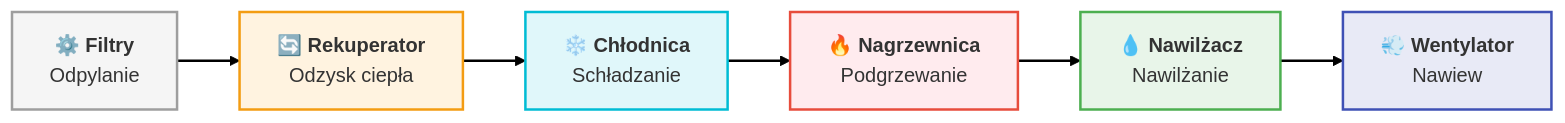
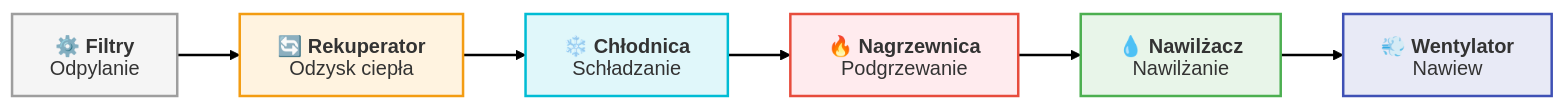
One commit to moondec/Termodynamika changed the first of 3 diagrams in Wyklady/13_Klimatyzacja.qmd. Above: the diagram before and after it, drawn with Mermaid. The commit also changed other lines of this file and 84 other files, not shown here.

First line of the commit message:
Wykłady: diagramy mermaid bez ucinania i dopasowane do slajdów

````diff
--- a/Wyklady/13_Klimatyzacja.qmd
+++ b/Wyklady/13_Klimatyzacja.qmd
@@ -92,21 +93,25 @@
 ```{mermaid}
 %%| fig-align: center
-%%| fig-width: 14
-%%| fig-height: 2
 
-%%{init: {'theme': 'default', 'flowchart': { 'useMaxWidth': false, 'htmlLabels': true }, 'themeVariables': { 'fontSize': '16px', 'fontFamily': 'sans-serif' }}}%%
+%%{init: {'theme': 'default', 'flowchart': {'htmlLabels': false, 'wrappingWidth': 400, 'subGraphTitleMargin': {'top': 6, 'bottom': 16}}, 'themeVariables': {'fontSize': '16px', 'fontFamily': 'Arial, Helvetica, sans-serif'}, 'htmlLabels': false}}%%
 flowchart LR
-    F["⚙️ <b>Filtry</b><br>Odpylanie"] --> REC["🔄 <b>Rekuperator</b><br>Odzysk ciepła"]
-    REC --> CH["❄️ <b>Chłodnica</b><br>Schładzanie"]
-    CH --> N["🔥 <b>Nagrzewnica</b><br>Podgrzewanie"]
-    N --> NAW["💧 <b>Nawilżacz</b><br>Nawilżanie"]
-    NAW --> W["💨 <b>Wentylator</b><br>Nawiew"]
+    F["`⚙️ **Filtry**
+Odpylanie`"] --> REC["`🔄 **Rekuperator**
+Odzysk ciepła`"]
+    REC --> CH["`❄️ **Chłodnica**
+Schładzanie`"]
+    CH --> N["`🔥 **Nagrzewnica**
+Podgrzewanie`"]
+    N --> NAW["`💧 **Nawilżacz**
+Nawilżanie`"]
+    NAW --> W["`💨 **Wentylator**
+Nawiew`"]
     
     style F fill:#f5f5f5,stroke:#9e9e9e,stroke-width:2px
     style REC fill:#fff3e0,stroke:#f39c12,stroke-width:2px
     style CH fill:#e0f7fa,stroke:#00bcd4,stroke-width:2px
     style N fill:#ffebee,stroke:#e74c3c,stroke-width:2px
     style NAW fill:#e8f5e9,stroke:#4caf50,stroke-width:2px
     style W fill:#e8eaf6,stroke:#3f51b5,stroke-width:2px
     linkStyle default stroke-width:2px,fill:none,stroke:black
 ```
````
